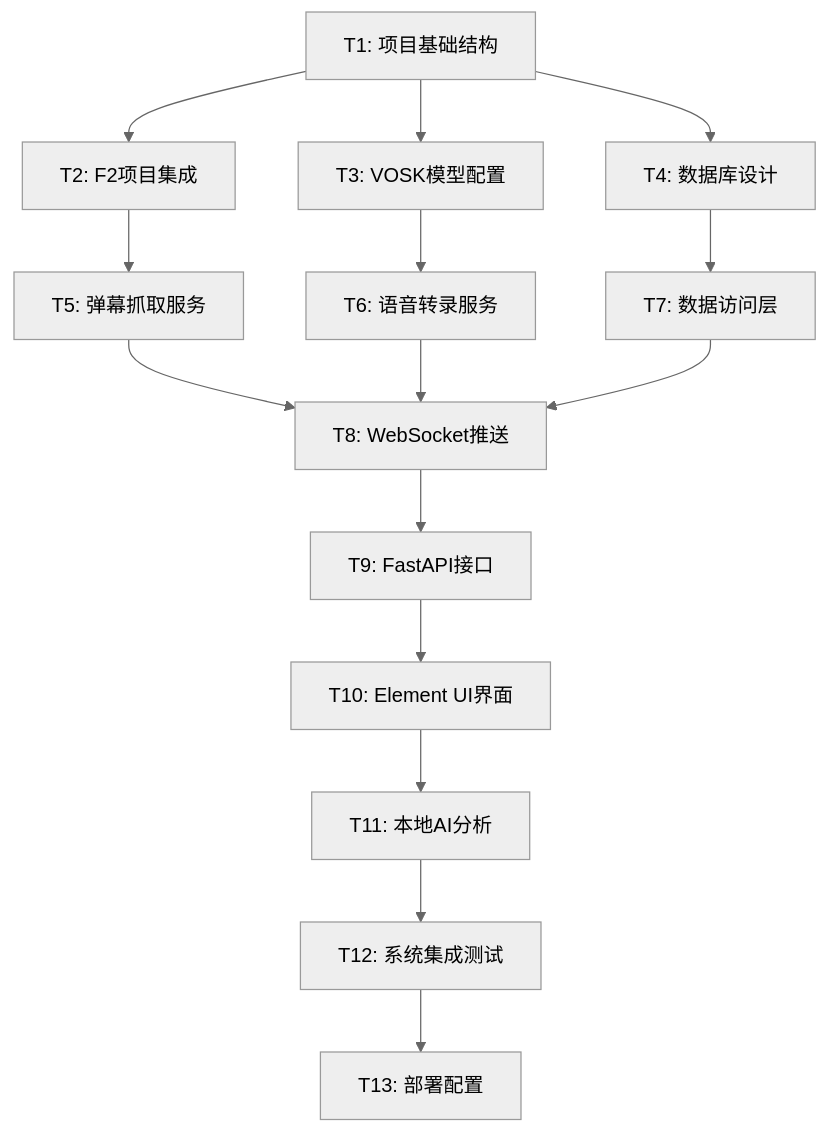
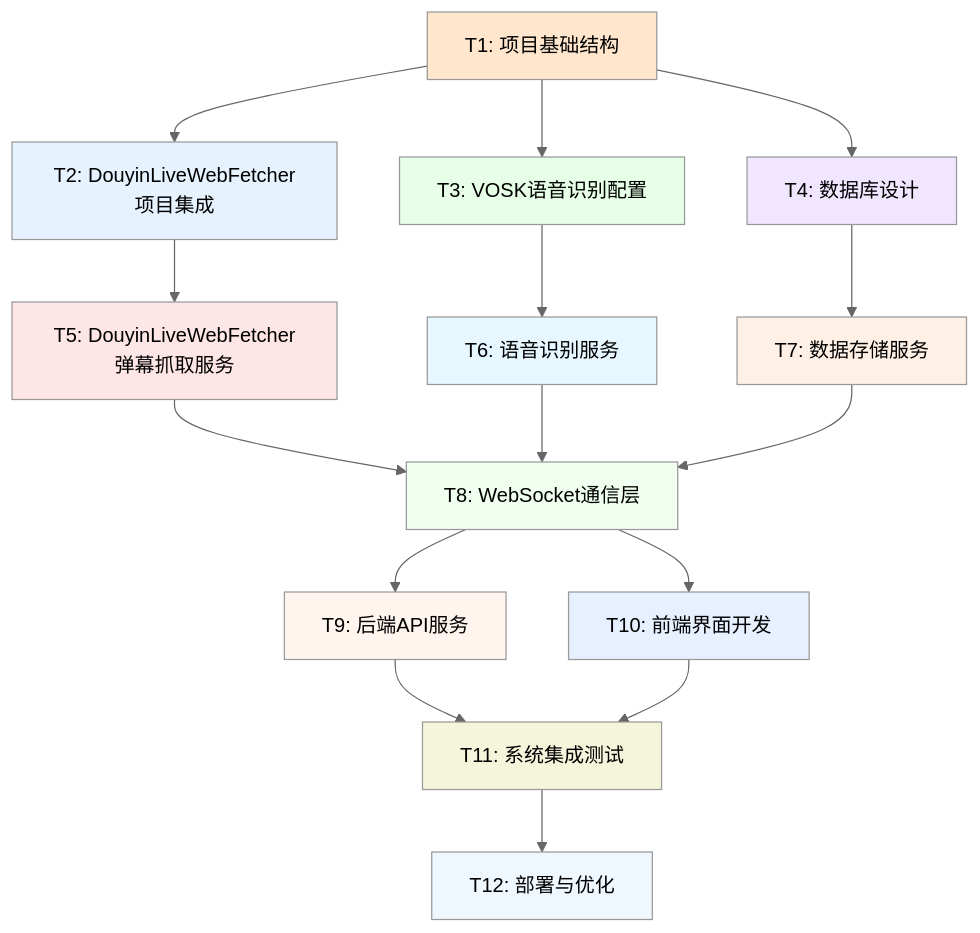
The diagram in docs/提猫直播助手MVP_TASK_原子任务拆分.md (Wike-CHI/timao-douyin-live-manager), drawn with Mermaid (neutral theme) before and after one commit. The commit also changed other lines of this file and 418 other files, not shown here.

````diff
--- a/docs/提猫直播助手MVP_TASK_原子任务拆分.md
+++ b/docs/提猫直播助手MVP_TASK_原子任务拆分.md
@@ -5,21 +5,35 @@
 ```mermaid
 graph TD
-    A[T1: 项目基础结构] --> B[T2: F2项目集成]
-    A --> C[T3: VOSK模型配置]
+    A[T1: 项目基础结构] --> B[T2: DouyinLiveWebFetcher项目集成]
+    A --> C[T3: VOSK语音识别配置]
     A --> D[T4: 数据库设计]
     
-    B --> E[T5: 弹幕抓取服务]
-    C --> F[T6: 语音转录服务]
-    D --> G[T7: 数据访问层]
+    B --> E[T5: DouyinLiveWebFetcher弹幕抓取服务]
+    C --> F[T6: 语音识别服务]
+    D --> G[T7: 数据存储服务]
     
-    E --> H[T8: WebSocket推送]
+    E --> H[T8: WebSocket通信层]
     F --> H
     G --> H
     
-    H --> I[T9: FastAPI接口]
-    I --> J[T10: Element UI界面]
+    H --> I[T9: 后端API服务]
+    H --> J[T10: 前端界面开发]
     
-    J --> K[T11: 本地AI分析]
-    K --> L[T12: 系统集成测试]
-    L --> M[T13: 部署配置]
+    I --> K[T11: 系统集成测试]
+    J --> K
+    
+    K --> L[T12: 部署与优化]
+    
+    style A fill:#FFE6CC
+    style B fill:#E6F3FF
+    style C fill:#E6FFE6
+    style D fill:#F0E6FF
+    style E fill:#FFE6E6
+    style F fill:#E6F7FF
+    style G fill:#FFF0E6
+    style H fill:#F0FFF0
+    style I fill:#FFF5EE
+    style J fill:#E6F0FF
+    style K fill:#F5F5DC
+    style L fill:#F0F8FF
 ```
````
